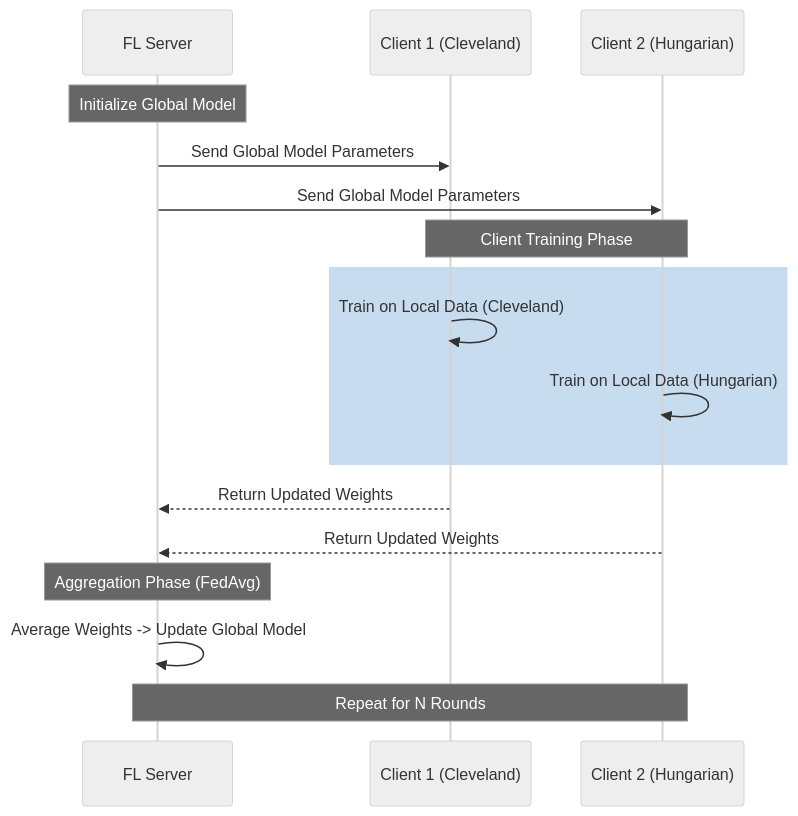
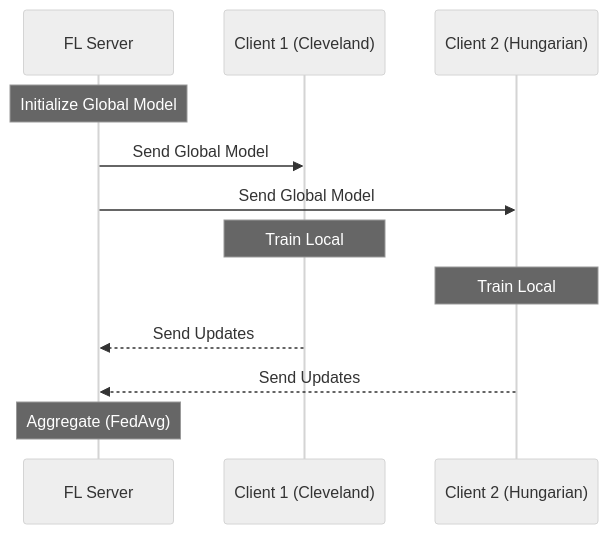
The diagram in docs/project_overview.md (abdifatah-bashi/fl-thesis-project), drawn with Mermaid (neutral theme) before and after one commit. The commit also changed 4 other files, not shown here.

````diff
--- a/docs/project_overview.md
+++ b/docs/project_overview.md
@@ -14,24 +14,15 @@
 ```mermaid
 sequenceDiagram
     participant Server as FL Server
     participant C1 as Client 1 (Cleveland)
     participant C2 as Client 2 (Hungarian)
 
     Note over Server: Initialize Global Model
-    Server->>C1: Send Global Model Parameters
-    Server->>C2: Send Global Model Parameters
-
-    Note over C1,C2: Client Training Phase
-    rect rgb(200, 220, 240)
-        C1->>C1: Train on Local Data (Cleveland)
-        C2->>C2: Train on Local Data (Hungarian)
-    end
-
-    C1-->>Server: Return Updated Weights
-    C2-->>Server: Return Updated Weights
-
-    Note over Server: Aggregation Phase (FedAvg)
-    Server->>Server: Average Weights -> Update Global Model
-
-    Note over Server,C2: Repeat for N Rounds
+    Server->>C1: Send Global Model
+    Server->>C2: Send Global Model
+    Note over C1: Train Local
+    Note over C2: Train Local
+    C1-->>Server: Send Updates
+    C2-->>Server: Send Updates
+    Note over Server: Aggregate (FedAvg)
 ```
````
